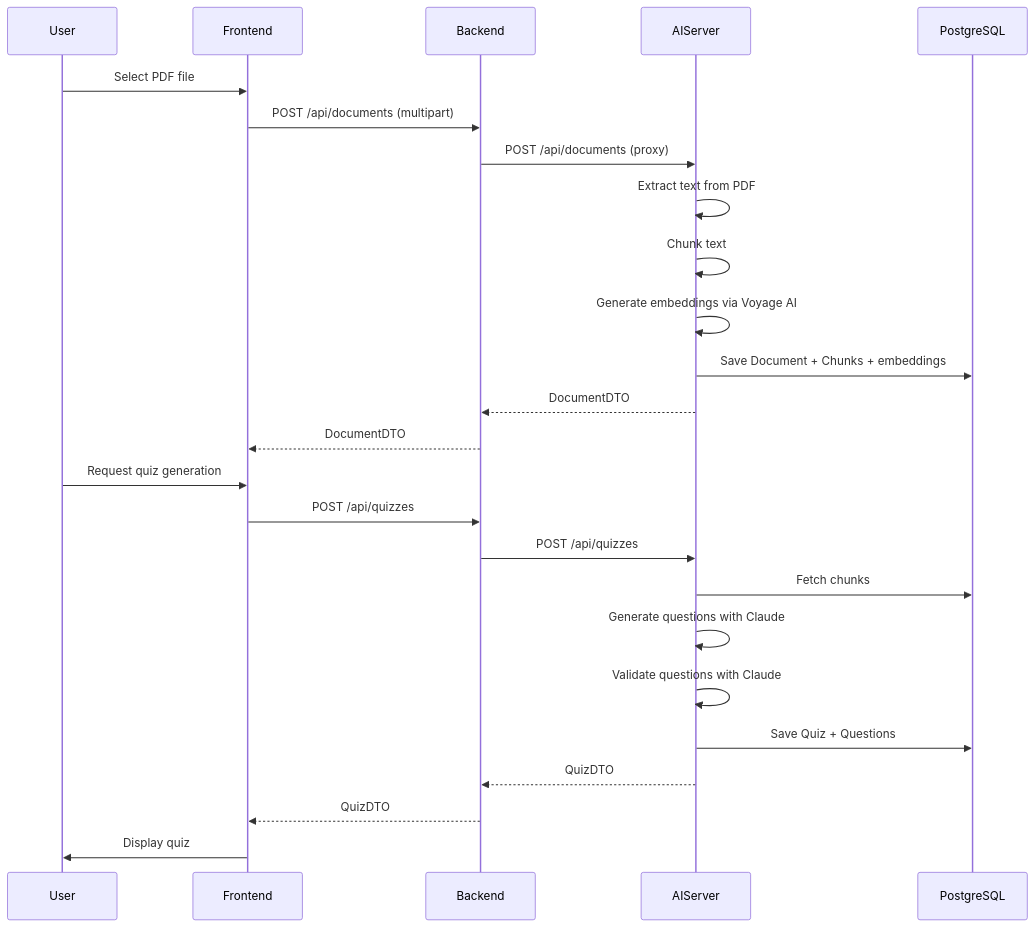
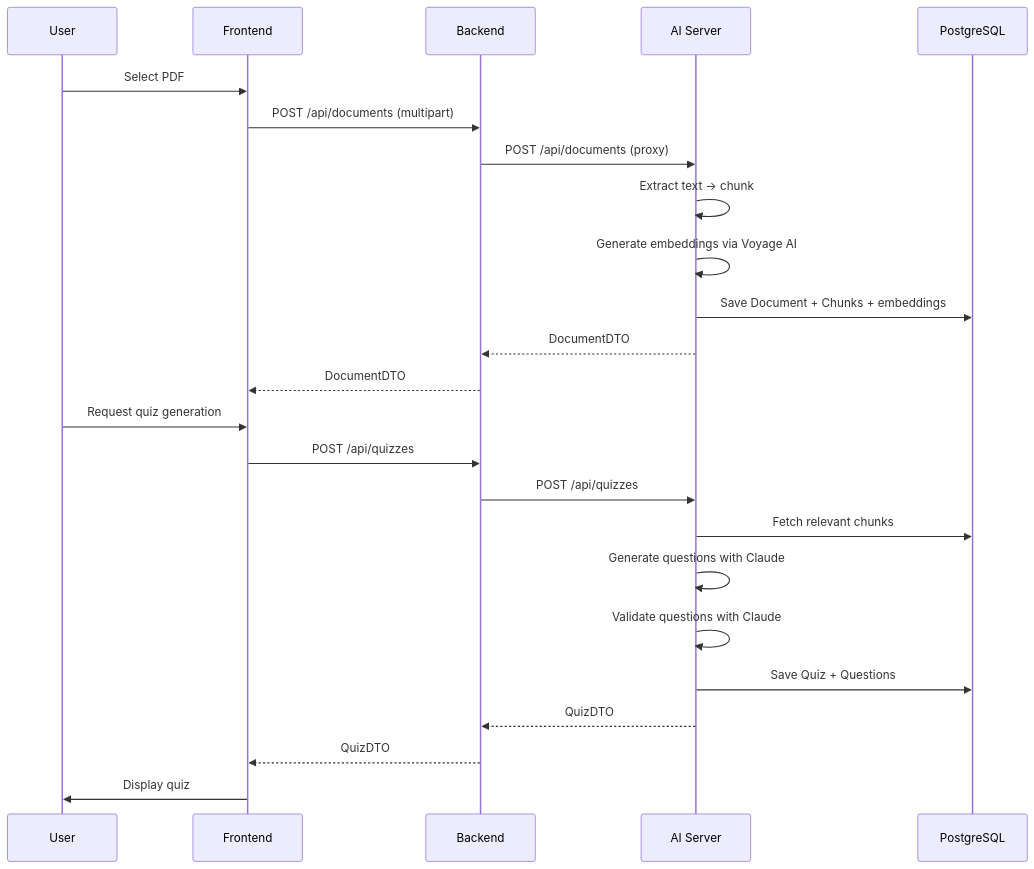
Before and after one commit to Voro-the-foxy/Voro: the third of 3 diagrams in README.md, drawn with Mermaid. The commit also changed other lines of this file and 16 other files, not shown here.

````diff
--- a/README.md
+++ b/README.md
@@ -141,29 +206,28 @@
 ```mermaid
 sequenceDiagram
     participant User
-    participant Frontend
-    participant Backend
-    participant AIServer
-    participant PostgreSQL
+    participant FE as Frontend
+    participant BE as Backend
+    participant AI as AI Server
+    participant DB as PostgreSQL
 
-    User->>Frontend: Select PDF file
-    Frontend->>Backend: POST /api/documents (multipart)
-    Backend->>AIServer: POST /api/documents (proxy)
-    AIServer->>AIServer: Extract text from PDF
-    AIServer->>AIServer: Chunk text
-    AIServer->>AIServer: Generate embeddings via Voyage AI
-    AIServer->>PostgreSQL: Save Document + Chunks + embeddings
-    AIServer-->>Backend: DocumentDTO
-    Backend-->>Frontend: DocumentDTO
+    User->>FE: Select PDF
+    FE->>BE: POST /api/documents (multipart)
+    BE->>AI: POST /api/documents (proxy)
+    AI->>AI: Extract text → chunk
+    AI->>AI: Generate embeddings via Voyage AI
+    AI->>DB: Save Document + Chunks + embeddings
+    AI-->>BE: DocumentDTO
+    BE-->>FE: DocumentDTO
 
-    User->>Frontend: Request quiz generation
-    Frontend->>Backend: POST /api/quizzes
-    Backend->>AIServer: POST /api/quizzes
-    AIServer->>PostgreSQL: Fetch chunks
-    AIServer->>AIServer: Generate questions with Claude
-    AIServer->>AIServer: Validate questions with Claude
-    AIServer->>PostgreSQL: Save Quiz + Questions
-    AIServer-->>Backend: QuizDTO
-    Backend-->>Frontend: QuizDTO
-    Frontend->>User: Display quiz
+    User->>FE: Request quiz generation
+    FE->>BE: POST /api/quizzes
+    BE->>AI: POST /api/quizzes
+    AI->>DB: Fetch relevant chunks
+    AI->>AI: Generate questions with Claude
+    AI->>AI: Validate questions with Claude
+    AI->>DB: Save Quiz + Questions
+    AI-->>BE: QuizDTO
+    BE-->>FE: QuizDTO
+    FE->>User: Display quiz
 ```
````
